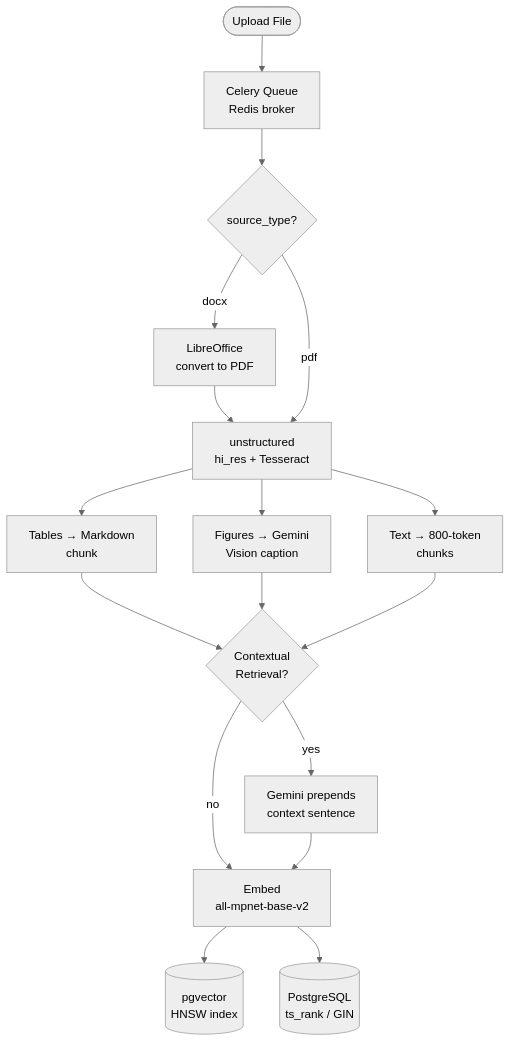
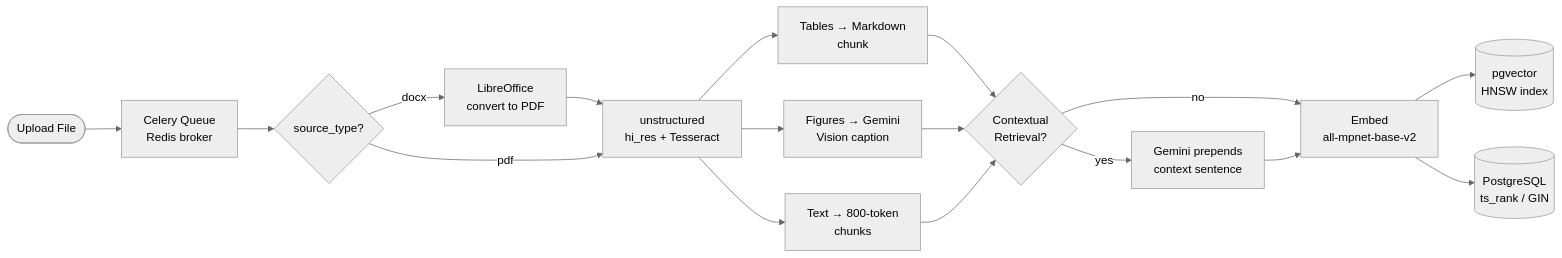
One commit to robayedl/rag-pdf-assistant changed the second of 2 diagrams in README.md. Above: the diagram before and after it, drawn with Mermaid (neutral theme). The commit also changed other lines of this file, not shown here.

Commit message:
Fix architecture diagrams: stacked layout for full-width rendering

````diff
--- a/README.md
+++ b/README.md
@@ -87,20 +80,20 @@
 ```mermaid
-flowchart TD
+flowchart LR
     FILE([Upload File]) --> Q
     Q[Celery Queue\nRedis broker] --> DISP{source_type?}
 
     DISP -->|docx| LO[LibreOffice\nconvert to PDF]
     LO --> UP
     DISP -->|pdf| UP[unstructured\nhi_res + Tesseract]
 
     UP --> T[Tables → Markdown\nchunk]
     UP --> F[Figures → Gemini\nVision caption]
     UP --> TX[Text → 800-token\nchunks]
 
     T & F & TX --> CR{Contextual\nRetrieval?}
     CR -->|yes| CTX[Gemini prepends\ncontext sentence]
     CR -->|no| EMB
     CTX --> EMB[Embed\nall-mpnet-base-v2]
     EMB --> VEC[(pgvector\nHNSW index)]
     EMB --> TS[(PostgreSQL\nts_rank / GIN)]
 ```
````
